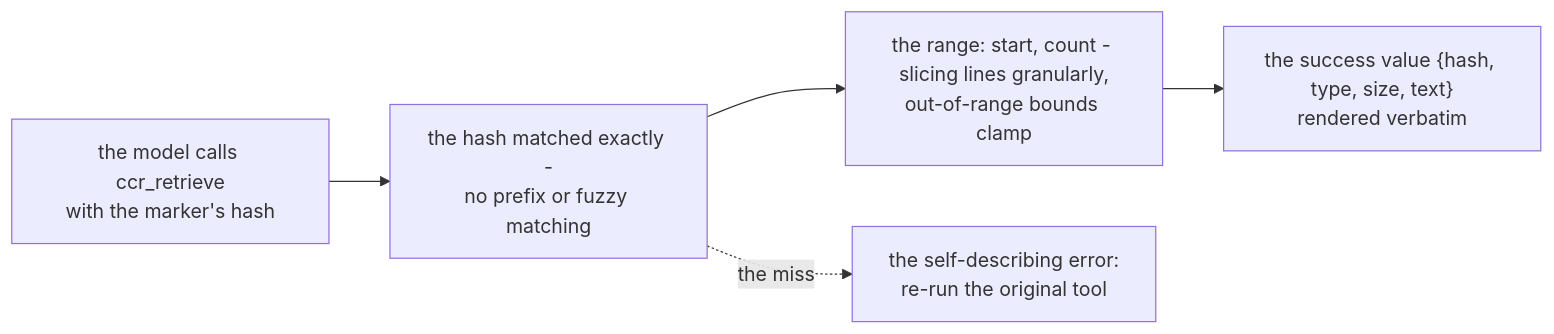
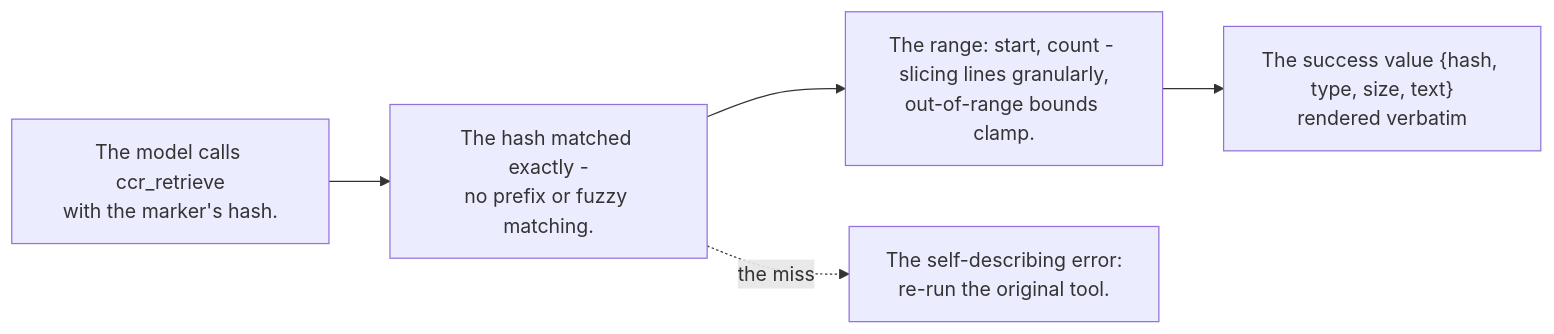
One commit to PlayForm/Site-DeepSeek changed the diagram in Source/Content/Mermaid/ccr-in-action-retrieve.mmd. Above: the diagram before and after it, drawn with Mermaid. The commit also changed 108 other files, not shown here.

```diff
--- a/Source/Content/Mermaid/ccr-in-action-retrieve.mmd
+++ b/Source/Content/Mermaid/ccr-in-action-retrieve.mmd
@@ -1,5 +1,5 @@
 flowchart LR
-	CALL["the model calls ccr_retrieve<br/>with the marker's hash"] --> EXACT["the hash matched exactly -<br/>no prefix or fuzzy matching"]
-	EXACT --> SLICE["the range: start, count - slicing lines granularly,<br/>out-of-range bounds clamp"]
-	SLICE --> OK["the success value {hash, type, size, text}<br/>rendered verbatim"]
-	EXACT -. "the miss" .-> ERR["the self-describing error:<br/>re-run the original tool"]
+	CALL["The model calls ccr_retrieve<br/>with the marker's hash."] --> EXACT["The hash matched exactly -<br/>no prefix or fuzzy matching."]
+	EXACT --> SLICE["The range: start, count - slicing lines granularly,<br/>out-of-range bounds clamp."]
+	SLICE --> OK["The success value {hash, type, size, text}<br/>rendered verbatim"]
+	EXACT -. "the miss" .-> ERR["The self-describing error:<br/>re-run the original tool."]
```
